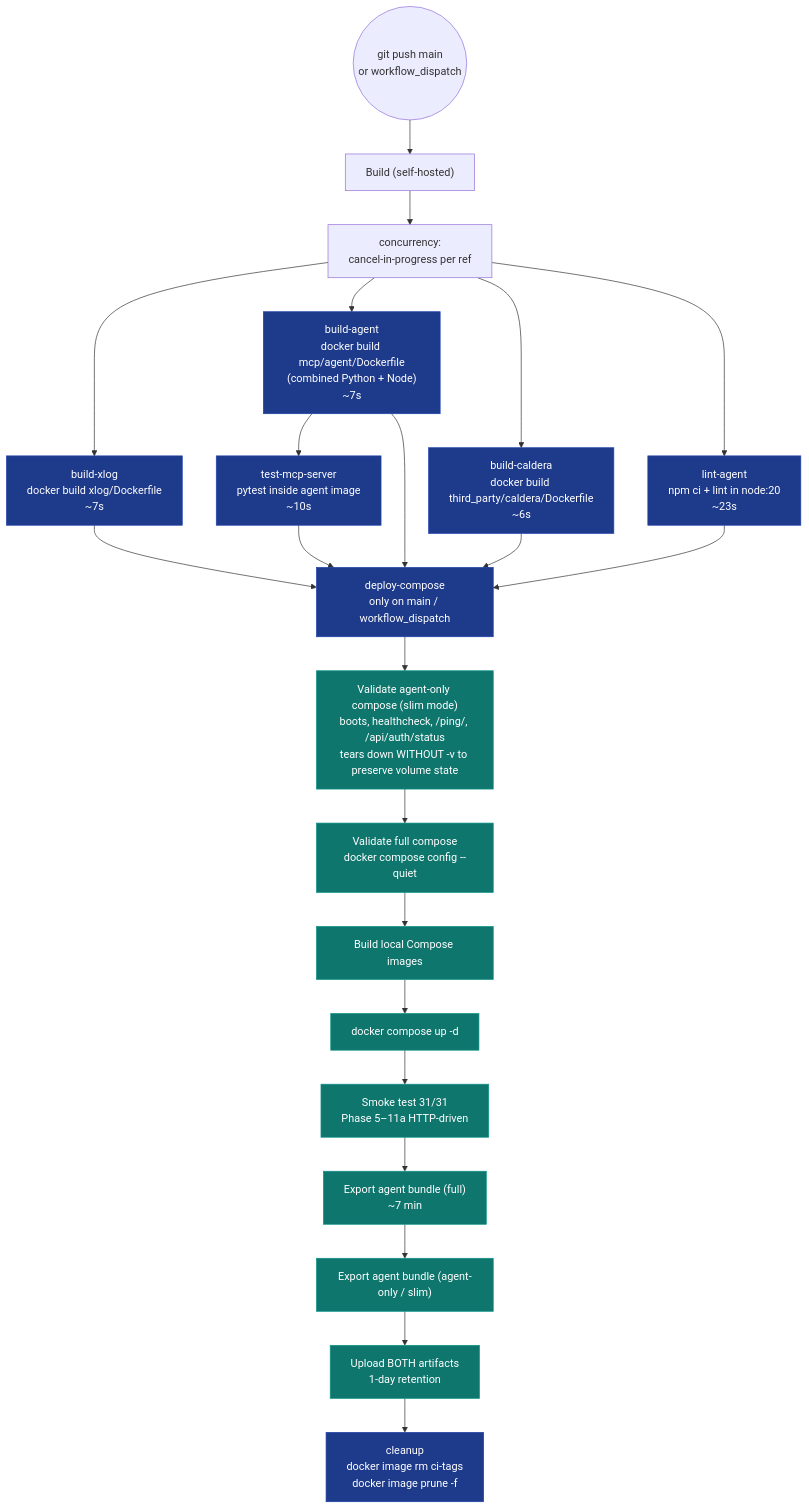
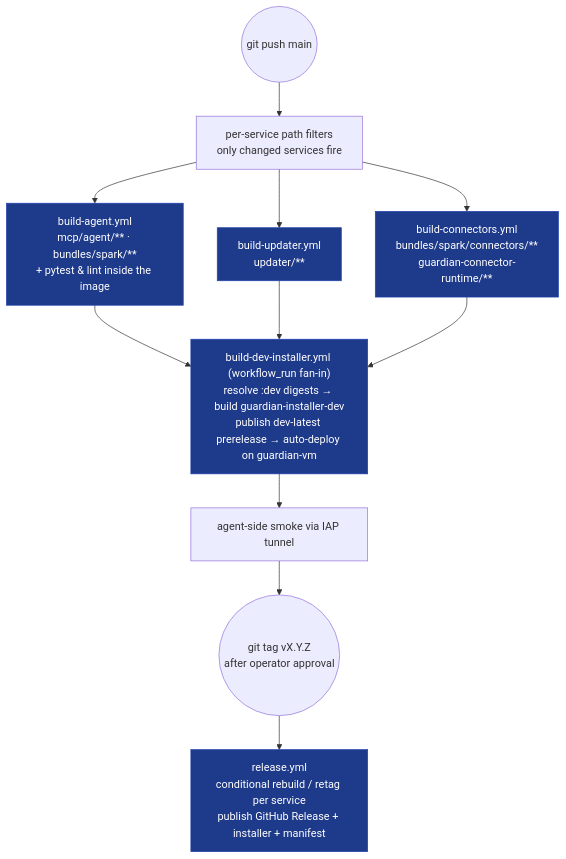
Before and after one commit to socagents/guardian: the third of 3 diagrams in docs/architecture.md, drawn with Mermaid. The commit also changed other lines of this file and 41 other files, not shown here.

````diff
--- a/docs/architecture.md
+++ b/docs/architecture.md
@@ -111,33 +110,19 @@
 ```mermaid
 flowchart TB
-  Push(("git push main<br/>or workflow_dispatch")) --> Trigger
-  Trigger["Build (self-hosted)"] --> Concur["concurrency:<br/>cancel-in-progress per ref"]
+  Push(("git push main")) --> Filters["per-service path filters<br/>only changed services fire"]
 
-  Concur --> JBuildXlog["build-xlog<br/>docker build xlog/Dockerfile<br/>~7s"]
-  Concur --> JBuildAgent["build-agent<br/>docker build mcp/agent/Dockerfile<br/>(combined Python + Node)<br/>~7s"]
-  Concur --> JBuildCaldera["build-caldera<br/>docker build third_party/caldera/Dockerfile<br/>~6s"]
-  Concur --> JLint["lint-agent<br/>npm ci + lint in node:20<br/>~23s"]
+  Filters --> JAgent["build-agent.yml<br/>mcp/agent/** · bundles/spark/**<br/>+ pytest & lint inside the image"]
+  Filters --> JUpdater["build-updater.yml<br/>updater/**"]
+  Filters --> JConn["build-connectors.yml<br/>bundles/spark/connectors/**<br/>guardian-connector-runtime/**"]
 
-  JBuildAgent --> JTest["test-mcp-server<br/>pytest inside agent image<br/>~10s"]
-  JBuildAgent --> JDeploy["deploy-compose<br/>only on main / workflow_dispatch"]
-  JLint --> JDeploy
-  JTest --> JDeploy
-  JBuildXlog --> JDeploy
-  JBuildCaldera --> JDeploy
+  JAgent --> JDev["build-dev-installer.yml (workflow_run fan-in)<br/>resolve :dev digests → build guardian-installer-dev<br/>publish dev-latest prerelease → auto-deploy on guardian-vm"]
+  JUpdater --> JDev
+  JConn --> JDev
 
-  JDeploy --> SValSlim["Validate agent-only compose (slim mode)<br/>boots, healthcheck, /ping/, /api/auth/status<br/>tears down WITHOUT -v to preserve volume state"]
-  SValSlim --> SValFull["Validate full compose<br/>docker compose config --quiet"]
-  SValFull --> SBuild["Build local Compose images"]
-  SBuild --> SUp["docker compose up -d"]
-  SUp --> SSmoke["Smoke test 31/31<br/>Phase 5–11a HTTP-driven"]
-  SSmoke --> SExportFull["Export agent bundle (full)<br/>~7 min"]
-  SExportFull --> SExportSlim["Export agent bundle (agent-only / slim)"]
-  SExportSlim --> SUpload["Upload BOTH artifacts<br/>1-day retention"]
-
-  SUpload --> JCleanup["cleanup<br/>docker image rm ci-tags<br/>docker image prune -f"]
+  JDev --> Smoke["agent-side smoke via IAP tunnel"]
+  Smoke --> Tag(("git tag vX.Y.Z<br/>after operator approval"))
+  Tag --> JRel["release.yml<br/>conditional rebuild / retag per service<br/>publish GitHub Release + installer + manifest"]
 
   classDef job fill:#1e3a8a,color:#fff,stroke:#1e40af
-  classDef stepfill fill:#0f766e,color:#fff,stroke:#0d9488
-  class JBuildXlog,JBuildAgent,JBuildCaldera,JLint,JTest,JDeploy,JCleanup job
-  class SValSlim,SValFull,SBuild,SUp,SSmoke,SExportFull,SExportSlim,SUpload stepfill
+  class JAgent,JUpdater,JConn,JDev,JRel job
 ```
````
